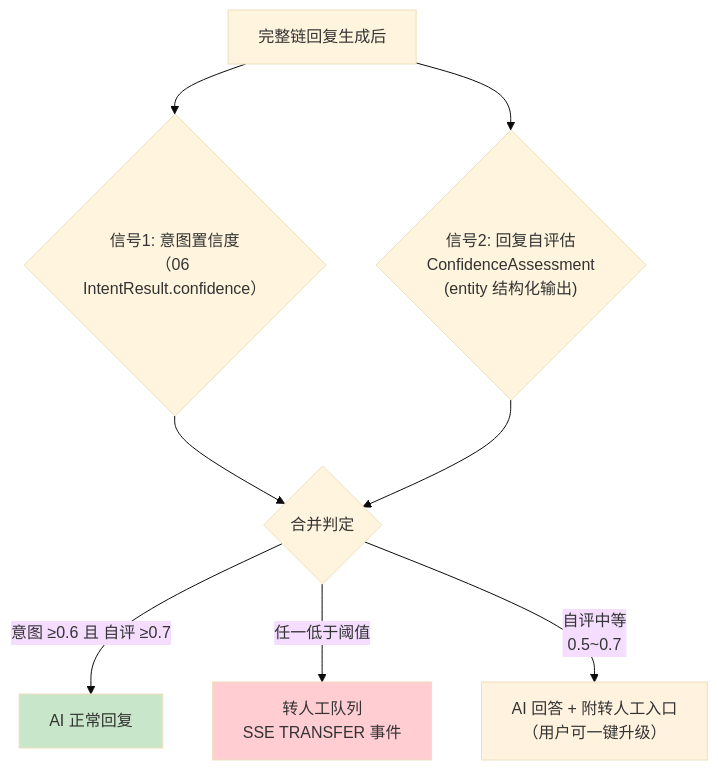
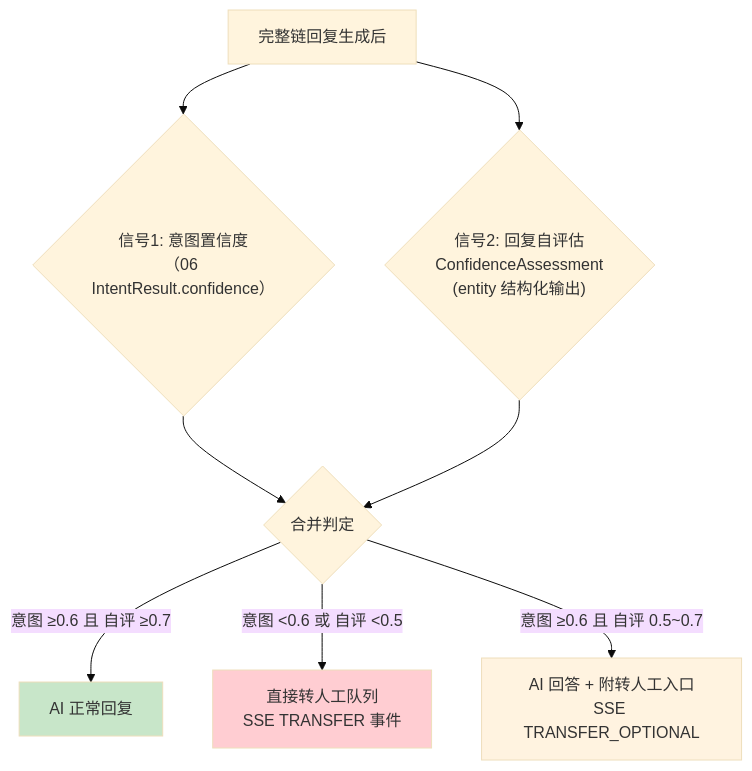
Before and after one commit to UranusGit/java-agent-learn: the first of 5 diagrams in docs/项目/00-智能客服系统/07-坐席协同与HITL深化.md, drawn with Mermaid (base theme). The commit also changed other lines of this file and 11 other files, not shown here.

````diff
--- a/docs/项目/00-智能客服系统/07-坐席协同与HITL深化.md
+++ b/docs/项目/00-智能客服系统/07-坐席协同与HITL深化.md
@@ -27,14 +27,14 @@
 ```mermaid
 flowchart TB
     A["完整链回复生成后"] --> B{"信号1: 意图置信度<br/>（06 IntentResult.confidence）"}
     A --> C{"信号2: 回复自评估<br/>ConfidenceAssessment<br/>(entity 结构化输出)"}
     B --> D{"合并判定"}
     C --> D
     D -->|"意图 ≥0.6 且 自评 ≥0.7"| E["AI 正常回复"]
-    D -->|"任一低于阈值"| F["转人工队列<br/>SSE TRANSFER 事件"]
-    D -->|"自评中等<br/>0.5~0.7"| G["AI 回答 + 附转人工入口<br/>（用户可一键升级）"]
+    D -->|"意图 <0.6 或 自评 <0.5"| F["直接转人工队列<br/>SSE TRANSFER 事件"]
+    D -->|"意图 ≥0.6 且 自评 0.5~0.7"| G["AI 回答 + 附转人工入口<br/>SSE TRANSFER_OPTIONAL"]
 
     style E fill:#c8e6c9
     style F fill:#ffcdd2
     style G fill:#fff3e0
 ```
````
